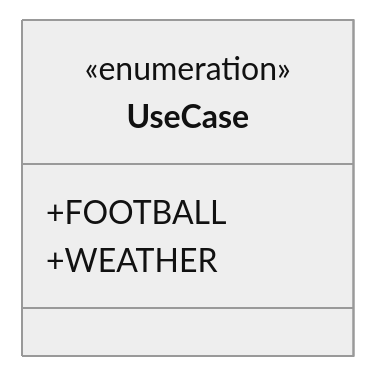
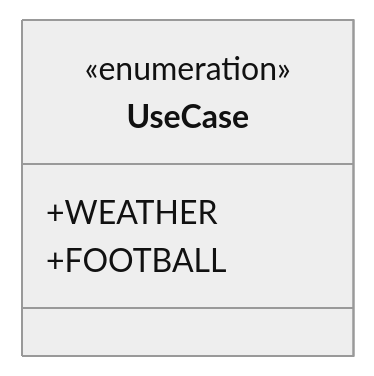
Before and after one commit to rklasen/programming-challenge: the second of 6 diagrams in README-Solution.md, drawn with Mermaid (neutral theme). The commit also changed other lines of this file, not shown here.

````diff
--- a/README-Solution.md
+++ b/README-Solution.md
@@ -25,9 +25,9 @@
 ```mermaid
 classDiagram
 
 class UseCase{
     <<enumeration>>
+    +WEATHER
     +FOOTBALL
-    +WEATHER
 }
 ```
````
